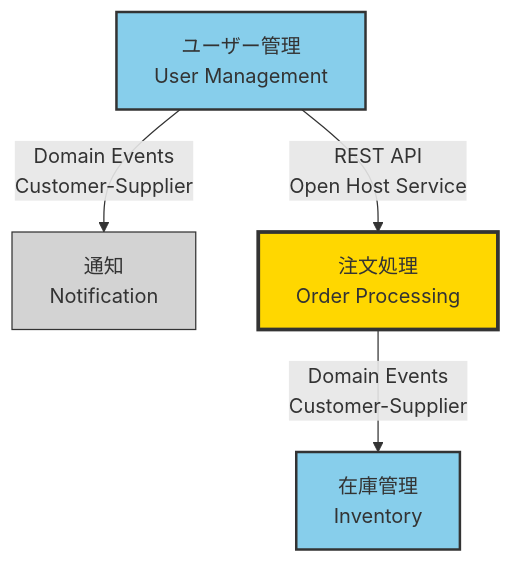
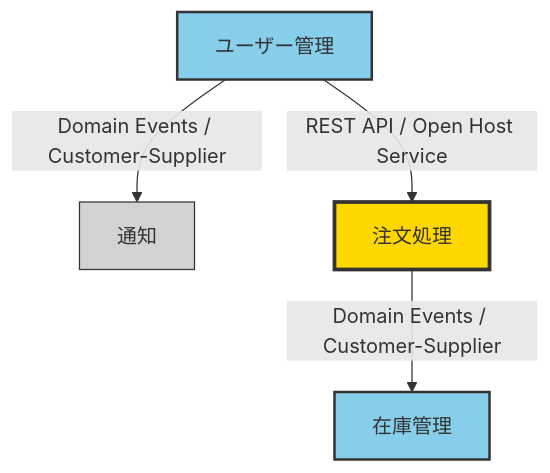
The diagram in templates/project/03-domain/01-domain-model.md (tkysi-mi/Yodogawa), drawn with Mermaid before and after one commit. The commit also changed other lines of this file and 12 other files, not shown here.

````diff
--- a/templates/project/03-domain/01-domain-model.md
+++ b/templates/project/03-domain/01-domain-model.md
@@ -304,18 +95,14 @@
 ```mermaid
 graph TD
-    A[ユーザー管理<br/>User Management] -->|Domain Events<br/>Customer-Supplier| B[通知<br/>Notification]
-    A -->|REST API<br/>Open Host Service| C[注文処理<br/>Order Processing]
-    C -->|Domain Events<br/>Customer-Supplier| D[在庫管理<br/>Inventory]
+    A[ユーザー管理] -->|Domain Events / Customer-Supplier| B[通知]
+    A -->|REST API / Open Host Service| C[注文処理]
+    C -->|Domain Events / Customer-Supplier| D[在庫管理]
 
-    %% スタイル定義
     classDef core fill:#FFD700,stroke:#333,stroke-width:3px
     classDef supporting fill:#87CEEB,stroke:#333,stroke-width:2px
     classDef generic fill:#D3D3D3,stroke:#333,stroke-width:1px
 
-    %% Core Domain
     class C core
-    %% Supporting Domain
     class A,D supporting
-    %% Generic Domain
     class B generic
 ```
````
